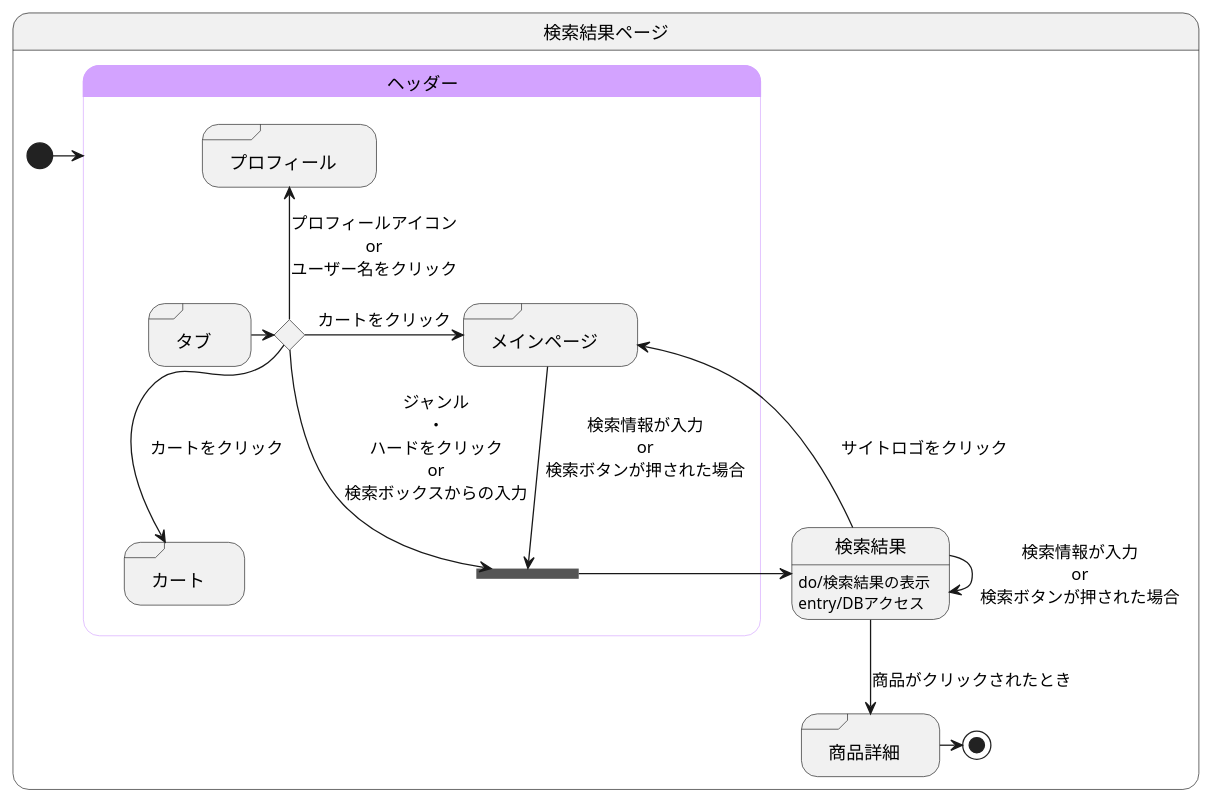
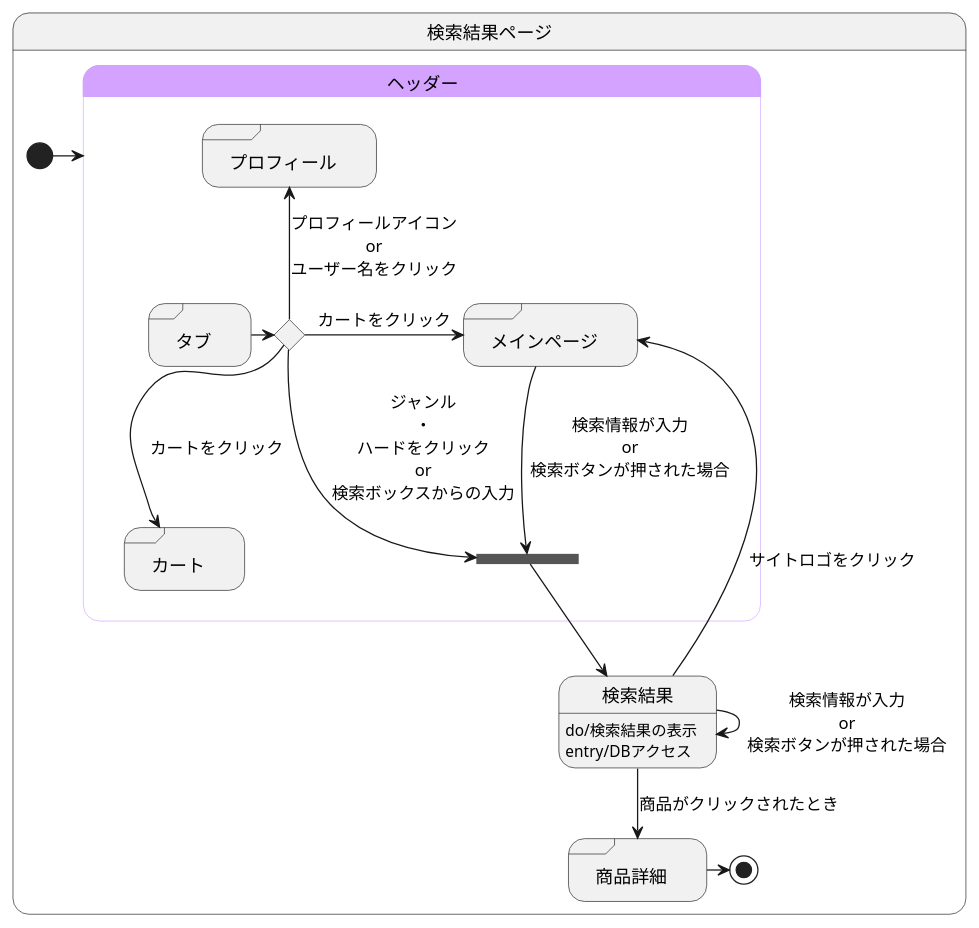
One commit to akutori/T-D-E changed the diagram in 検索結果.md. Above: the diagram before and after it, drawn with PlantUML.

Commit message:
検索結果を下に下げた

````diff
--- a/検索結果.md
+++ b/検索結果.md
@@ -1,44 +1,44 @@
 ```uml
 @startuml
 state 検索結果ページ{
 
 
     state 検索結果:do/検索結果の表示
     state 検索結果:entry/DBアクセス
     state "商品詳細" as goodsdetail <<sdlreceive>>
     
 
 
     [*] -> ヘッダー
     
     検索結果 --> goodsdetail :商品がクリックされたとき
     検索結果 --> 検索結果 :検索情報が入力\nor\n検索ボタンが押された場合
     goodsdetail -> [*]
     
 
     state ヘッダー<<headder>>{
         state join_header <<join>>
         state ifinput <<choice>>
         state "タブ" as tab <<sdlreceive>>
         state "カート" as cart <<sdlreceive>>
         state "プロフィール" as profile <<sdlreceive>>
         state "メインページ" as mainpage <<sdlreceive>>
 
         tab -> ifinput 
         ifinput --> cart :カートをクリック
         ifinput -up-> profile :プロフィールアイコン\nor\nユーザー名をクリック
         ifinput -> mainpage :カートをクリック
         ifinput --> join_header :ジャンル\n・\nハードをクリック\nor\n検索ボックスからの入力
 
         mainpage --> join_header :検索情報が入力\nor\n検索ボタンが押された場合
         検索結果 --> mainpage :サイトロゴをクリック
-        join_header -> 検索結果
+        join_header --> 検索結果
     }
 
     skinparam stateBorderColor<<headder>> #d3a3ff
     state ヘッダー #d3a3ff
 
 }
 
 @enduml
 ```
````
